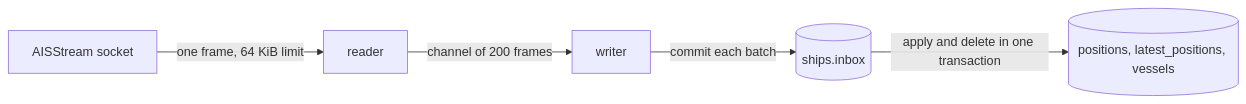
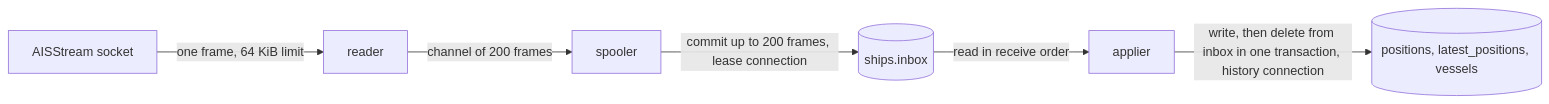
One commit to jomcgi-org/homelab changed the diagram in projects/ships/ARCHITECTURE.md. Above: the diagram before and after it, drawn with Mermaid. The commit also changed other lines of this file and 6 other files, not shown here.

First line of the commit message:
fix(ships): commit reports to the inbox while history apply waits

````diff
--- a/projects/ships/ARCHITECTURE.md
+++ b/projects/ships/ARCHITECTURE.md
@@ -106,7 +106,8 @@
 ```mermaid
 flowchart LR
   feed[AISStream socket] -->|one frame, 64 KiB limit| reader
-  reader -->|channel of 200 frames| writer
-  writer -->|commit each batch| inbox[(ships.inbox)]
-  inbox -->|apply and delete in one transaction| tables[(positions, latest_positions, vessels)]
+  reader -->|channel of 200 frames| spooler
+  spooler -->|commit up to 200 frames, lease connection| inbox[(ships.inbox)]
+  inbox -->|read in receive order| applier
+  applier -->|write, then delete from inbox in one transaction, history connection| tables[(positions, latest_positions, vessels)]
 ```
````
